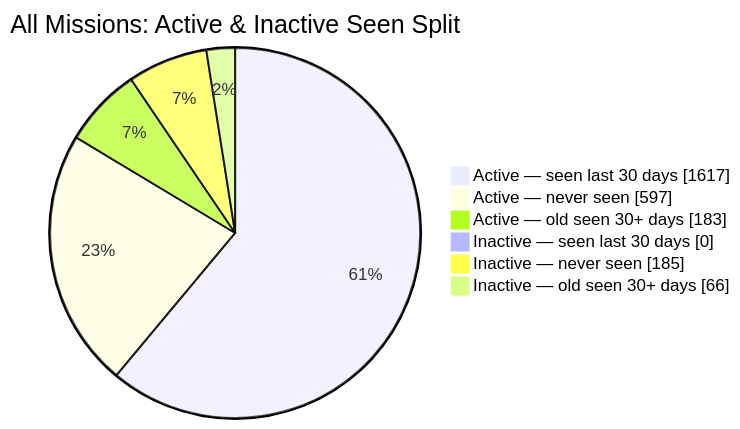
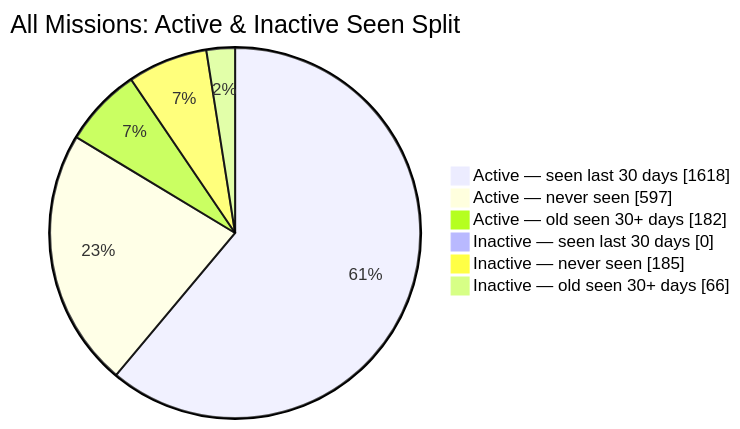
The second of 2 diagrams in README.md (MeldkamerspelGameTeam/active-missions), drawn with Mermaid before and after one commit. The commit also changed other lines of this file and 2 other files, not shown here.

````diff
--- a/README.md
+++ b/README.md
@@ -44,10 +44,10 @@
 ```mermaid
 pie showData
     title All Missions: Active & Inactive Seen Split
-    "Active — seen last 30 days" : 1617
+    "Active — seen last 30 days" : 1618
     "Active — never seen" : 597
-    "Active — old seen 30+ days" : 183
+    "Active — old seen 30+ days" : 182
     "Inactive — seen last 30 days" : 0
     "Inactive — never seen" : 185
     "Inactive — old seen 30+ days" : 66
 ```
````
